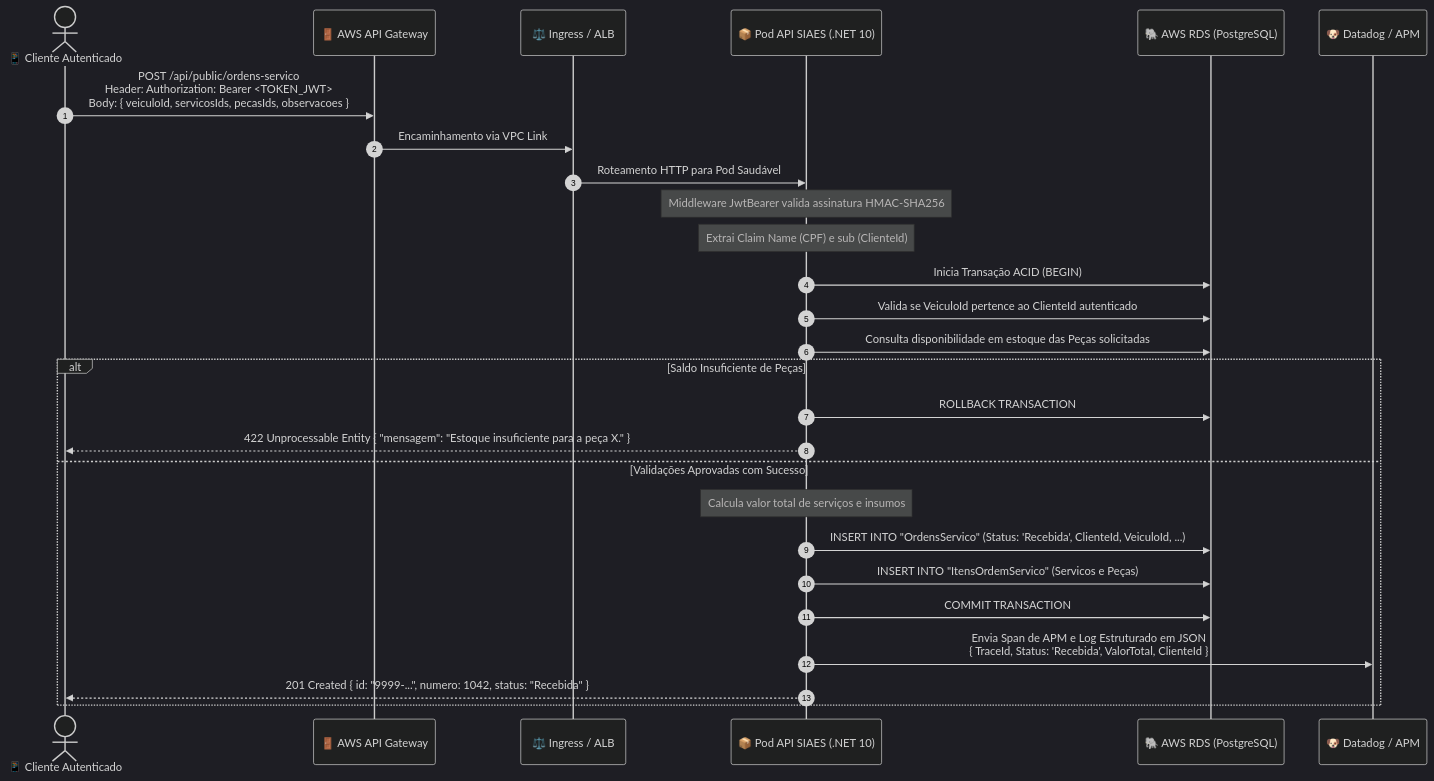
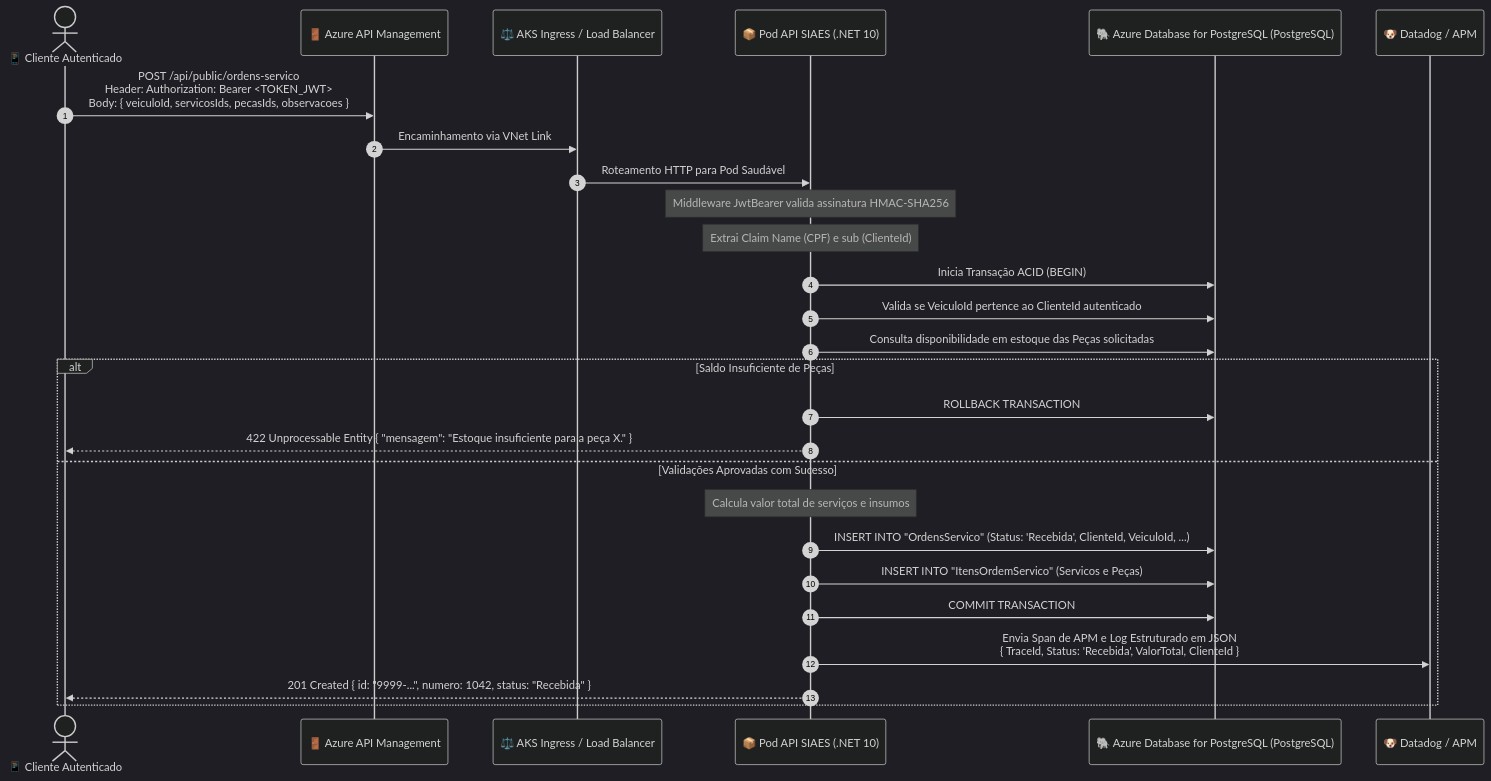
The third of 3 diagrams in docs/Fase 3/documentacao_arquitetural.md (dvdalves/FIAP.Tech.Challenge), drawn with Mermaid (dark theme) before and after one commit. The commit also changed other lines of this file and 31 other files, not shown here.

````diff
--- a/docs/Fase 3/documentacao_arquitetural.md
+++ b/docs/Fase 3/documentacao_arquitetural.md
@@ -174,34 +171,34 @@
 ```mermaid
 sequenceDiagram
     autonumber
     actor Cliente as 📱 Cliente Autenticado
-    participant APIGW as 🚪 AWS API Gateway
-    participant Ingress as ⚖️ Ingress / ALB
+    participant APIGW as 🚪 Azure API Management
+    participant Ingress as ⚖️ AKS Ingress / Load Balancer
     participant API as 📦 Pod API SIAES (.NET 10)
-    participant RDS as 🐘 AWS RDS (PostgreSQL)
+    participant PostgreSQLFlexivel as 🐘 Azure Database for PostgreSQL (PostgreSQL)
     participant DD as 🐶 Datadog / APM
 
     Cliente->>APIGW: POST /api/public/ordens-servico<br/>Header: Authorization: Bearer <TOKEN_JWT><br/>Body: { veiculoId, servicosIds, pecasIds, observacoes }
-    APIGW->>Ingress: Encaminhamento via VPC Link
+    APIGW->>Ingress: Encaminhamento via VNet Link
     Ingress->>API: Roteamento HTTP para Pod Saudável
 
     Note over API: Middleware JwtBearer valida assinatura HMAC-SHA256
     Note over API: Extrai Claim Name (CPF) e sub (ClienteId)
     
-    API->>RDS: Inicia Transação ACID (BEGIN)
-    API->>RDS: Valida se VeiculoId pertence ao ClienteId autenticado
-    API->>RDS: Consulta disponibilidade em estoque das Peças solicitadas
+    API->>PostgreSQLFlexivel: Inicia Transação ACID (BEGIN)
+    API->>PostgreSQLFlexivel: Valida se VeiculoId pertence ao ClienteId autenticado
+    API->>PostgreSQLFlexivel: Consulta disponibilidade em estoque das Peças solicitadas
     
     alt Saldo Insuficiente de Peças
-        API->>RDS: ROLLBACK TRANSACTION
+        API->>PostgreSQLFlexivel: ROLLBACK TRANSACTION
         API-->>Cliente: 422 Unprocessable Entity { "mensagem": "Estoque insuficiente para a peça X." }
     else Validações Aprovadas com Sucesso
         Note over API: Calcula valor total de serviços e insumos
-        API->>RDS: INSERT INTO "OrdensServico" (Status: 'Recebida', ClienteId, VeiculoId, ...)
-        API->>RDS: INSERT INTO "ItensOrdemServico" (Servicos e Peças)
-        API->>RDS: COMMIT TRANSACTION
+        API->>PostgreSQLFlexivel: INSERT INTO "OrdensServico" (Status: 'Recebida', ClienteId, VeiculoId, ...)
+        API->>PostgreSQLFlexivel: INSERT INTO "ItensOrdemServico" (Servicos e Peças)
+        API->>PostgreSQLFlexivel: COMMIT TRANSACTION
         
         API->>DD: Envia Span de APM e Log Estruturado em JSON<br/>{ TraceId, Status: 'Recebida', ValorTotal, ClienteId }
         API-->>Cliente: 201 Created { id: "9999-...", numero: 1042, status: "Recebida" }
     end
 ```
````
